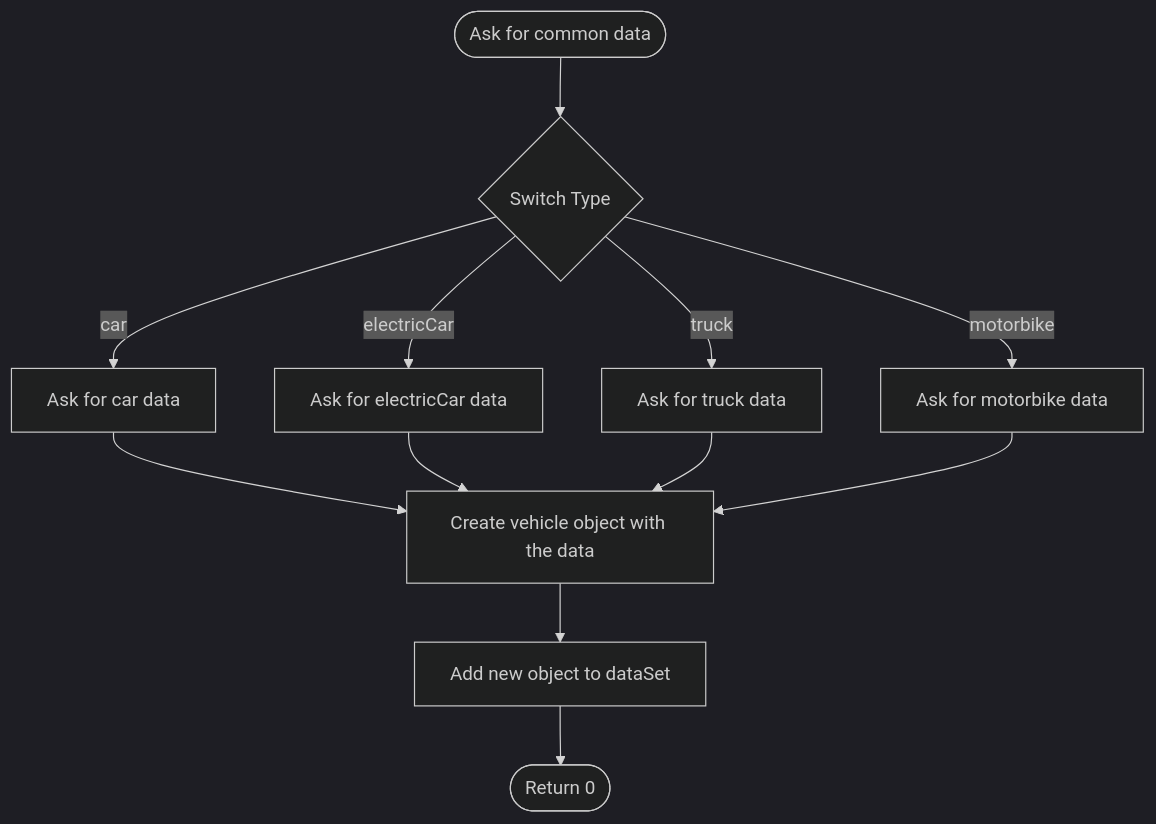
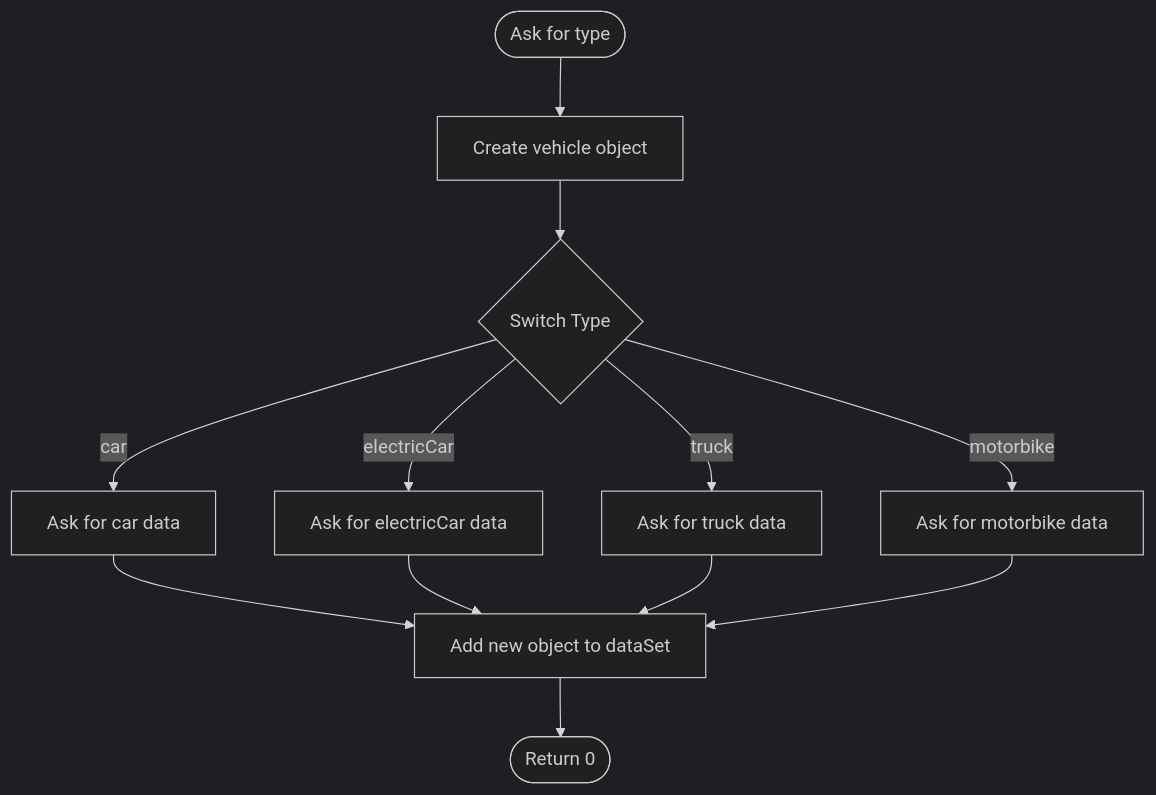
One commit to asamaranch78/swatcplusplus25Q4 changed the fifth of 7 diagrams in FinalProject/Readme.md. Above: the diagram before and after it, drawn with Mermaid (dark theme). The commit also changed 11 other files, not shown here.

````diff
--- a/FinalProject/Readme.md
+++ b/FinalProject/Readme.md
@@ -202,23 +202,23 @@
 ```mermaid
 flowchart TD
-A(["Ask for common data"])
+A(["Ask for type"])
 B{"Switch Type"}
 C["Ask for car data"]
 D["Ask for electricCar data"]
 E["Ask for truck data"]
 F["Ask for motorbike data"]
-G["Create vehicle object with the data"]
+G["Create vehicle object"]
 H["Add new object to dataSet"]
 I(["Return 0"])
-A --> B
+A --> G
+G --> B
 B -- "car" --> C
 B -- "electricCar" --> D
 B -- "truck" --> E
 B -- "motorbike" --> F
-C --> G
-D --> G
-E --> G
-F --> G
-G --> H
+C --> H
+D --> H
+E --> H
+F --> H
 H --> I
 ```
````
